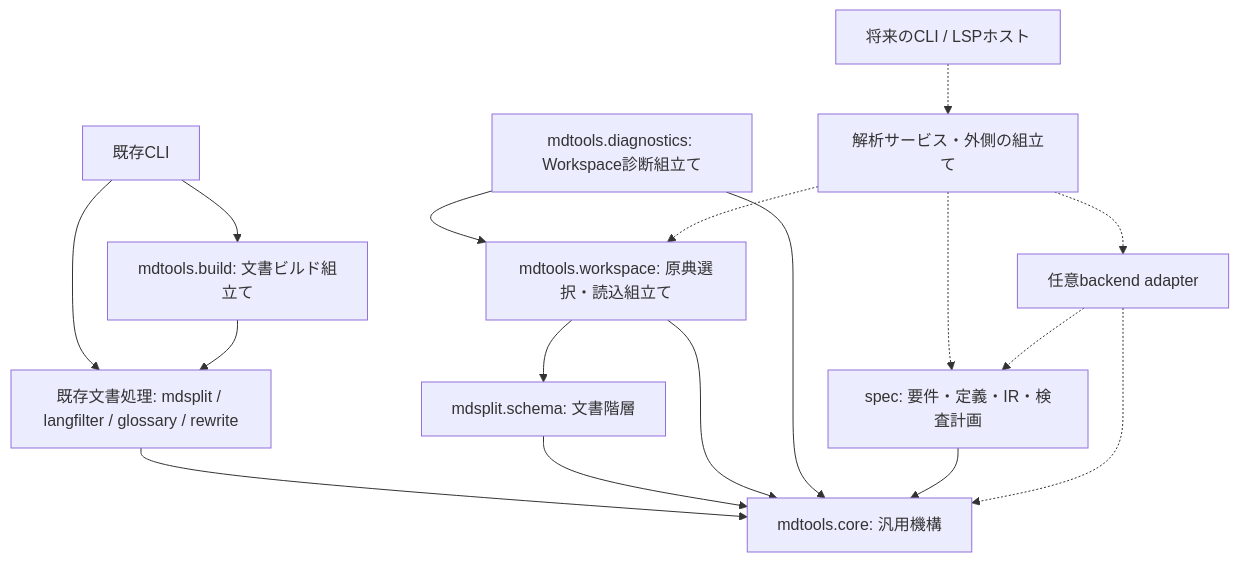
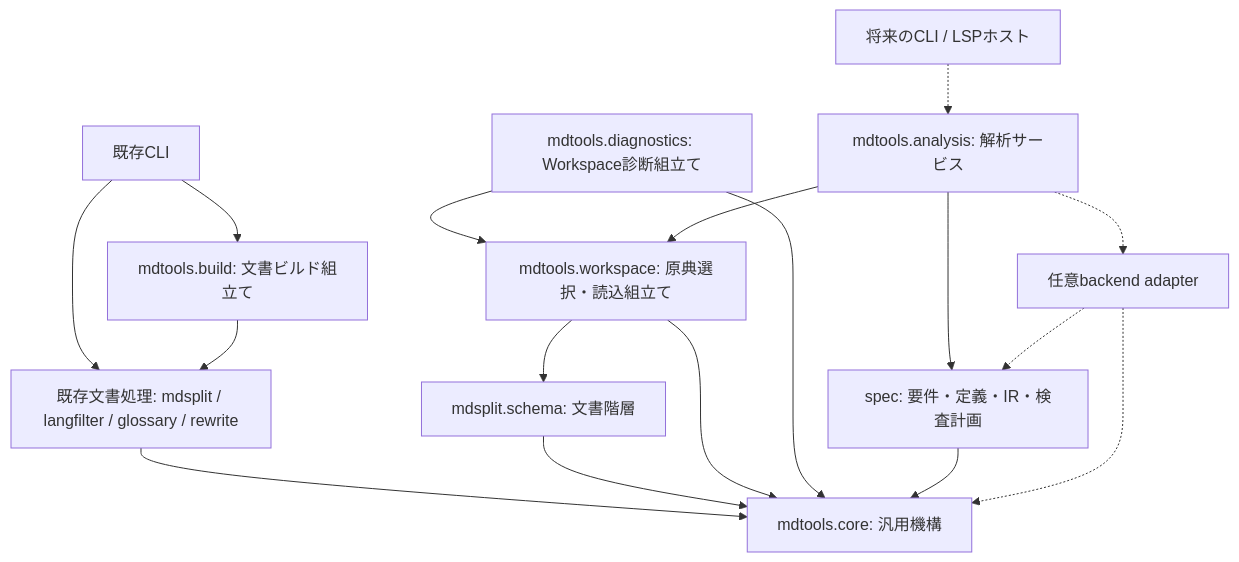
The second of 2 diagrams in docs/spec/contract-v1.md (fischerimapig/mdtools), drawn with Mermaid before and after one commit. The commit also changed other lines of this file and 15 other files, not shown here.

Commit message:
feat: add versioned SpecIR and shared analysis service (#39)

````diff
--- a/docs/spec/contract-v1.md
+++ b/docs/spec/contract-v1.md
@@ -667,19 +689,19 @@
 ```mermaid
 flowchart TB
     cli["既存CLI"] --> build["mdtools.build: 文書ビルド組立て"]
     cli --> docs["既存文書処理: mdsplit / langfilter / glossary / rewrite"]
     build --> docs
     docs --> core["mdtools.core: 汎用機構"]
     workspace["mdtools.workspace: 原典選択・読込組立て"] --> tree["mdsplit.schema: 文書階層"]
     tree --> core
     workspace --> core
     diagnostics["mdtools.diagnostics: Workspace診断組立て"] --> workspace
     diagnostics --> core
-    hosts["将来のCLI / LSPホスト"] -.-> service["解析サービス・外側の組立て"]
-    service -.-> workspace
-    service -.-> spec["spec: 要件・定義・IR・検査計画"]
+    hosts["将来のCLI / LSPホスト"] -.-> service["mdtools.analysis: 解析サービス"]
+    service --> workspace
+    service --> spec["spec: 要件・定義・IR・検査計画"]
     service -.-> adapters["任意backend adapter"]
     spec --> core
     adapters -.-> spec
     adapters -.-> core
 ```
````
